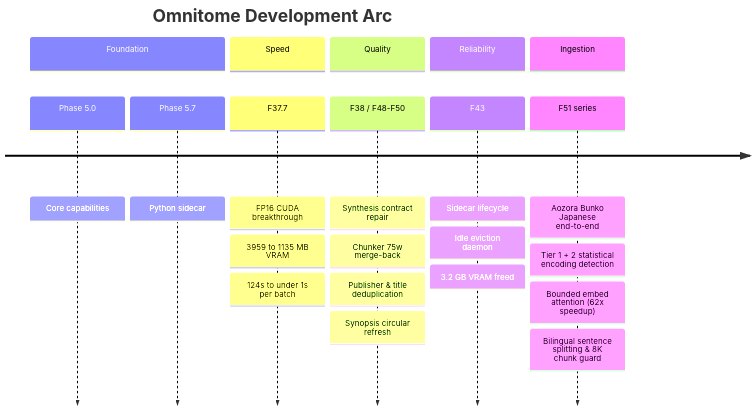
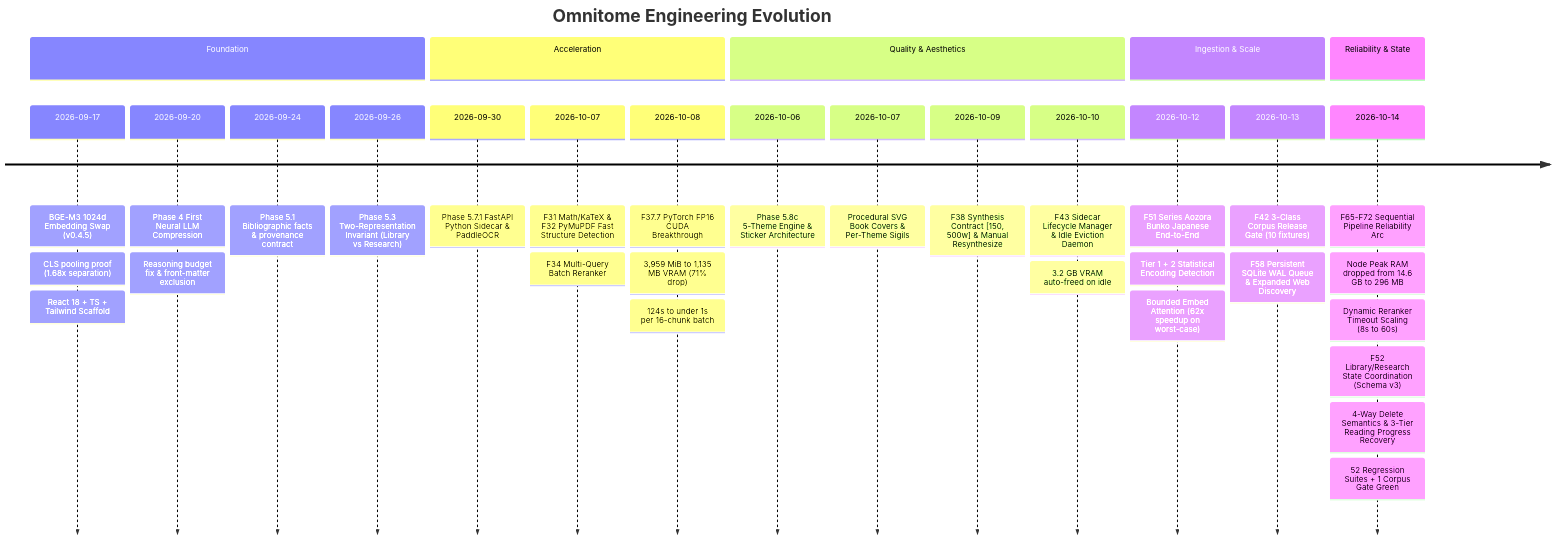
One commit to avengersvstheflash/Smart-Reader changed the first of 8 diagrams in README.md. Above: the diagram before and after it, drawn with Mermaid. The commit also changed other lines of this file, not shown here.

Commit message:
docs: update README with enhanced architecture, F52/F65-72 milestones, and session progress bars

````diff
--- a/README.md
+++ b/README.md
@@ -27,25 +61,38 @@
 ```mermaid
 timeline
-    title Omnitome Development Arc
+    title Omnitome Engineering Evolution
     section Foundation
-        Phase 5.0 : Core capabilities
-        Phase 5.7 : Python sidecar
-    section Speed
-        F37.7 : FP16 CUDA breakthrough
-              : 3959 to 1135 MB VRAM
-              : 124s to under 1s per batch
-    section Quality
-        F38 / F48-F50 : Synthesis contract repair
-                      : Chunker 75w merge-back
-                      : Publisher & title deduplication
-                      : Synopsis circular refresh
-    section Reliability
-        F43 : Sidecar lifecycle
-            : Idle eviction daemon
-            : 3.2 GB VRAM freed
-    section Ingestion
-        F51 series : Aozora Bunko Japanese end-to-end
-                   : Tier 1 + 2 statistical encoding detection
-                   : Bounded embed attention (62x speedup)
-                   : Bilingual sentence splitting & 8K chunk guard
+        2026-09-17 : BGE-M3 1024d Embedding Swap (v0.4.5)
+                   : CLS pooling proof (1.68x separation)
+                   : React 18 + TS + Tailwind Scaffold
+        2026-09-20 : Phase 4 First Neural LLM Compression
+                   : Reasoning budget fix & front-matter exclusion
+        2026-09-24 : Phase 5.1 Bibliographic facts & provenance contract
+        2026-09-26 : Phase 5.3 Two-Representation Invariant (Library vs Research)
+    section Acceleration
+        2026-09-30 : Phase 5.7.1 FastAPI Python Sidecar & PaddleOCR
+        2026-10-07 : F31 Math/KaTeX & F32 PyMuPDF Fast Structure Detection
+                   : F34 Multi-Query Batch Reranker
+        2026-10-08 : F37.7 PyTorch FP16 CUDA Breakthrough
+                   : 3,959 MiB to 1,135 MB VRAM (71% drop)
+                   : 124s to under 1s per 16-chunk batch
+    section Quality & Aesthetics
+        2026-10-06 : Phase 5.8c 5-Theme Engine & Sticker Architecture
+        2026-10-07 : Procedural SVG Book Covers & Per-Theme Sigils
+        2026-10-09 : F38 Synthesis Contract [150, 500w] & Manual Resynthesize
+        2026-10-10 : F43 Sidecar Lifecycle Manager & Idle Eviction Daemon
+                   : 3.2 GB VRAM auto-freed on idle
+    section Ingestion & Scale
+        2026-10-12 : F51 Series Aozora Bunko Japanese End-to-End
+                   : Tier 1 + 2 Statistical Encoding Detection
+                   : Bounded Embed Attention (62x speedup on worst-case)
+        2026-10-13 : F42 3-Class Corpus Release Gate (10 fixtures)
+                   : F58 Persistent SQLite WAL Queue & Expanded Web Discovery
+    section Reliability & State
+        2026-10-14 : F65-F72 Sequential Pipeline Reliability Arc
+                   : Node Peak RAM dropped from 14.6 GB to 296 MB
+                   : Dynamic Reranker Timeout Scaling (8s to 60s)
+                   : F52 Library/Research State Coordination (Schema v3)
+                   : 4-Way Delete Semantics & 3-Tier Reading Progress Recovery
+                   : 52 Regression Suites + 1 Corpus Gate Green
 ```
````
